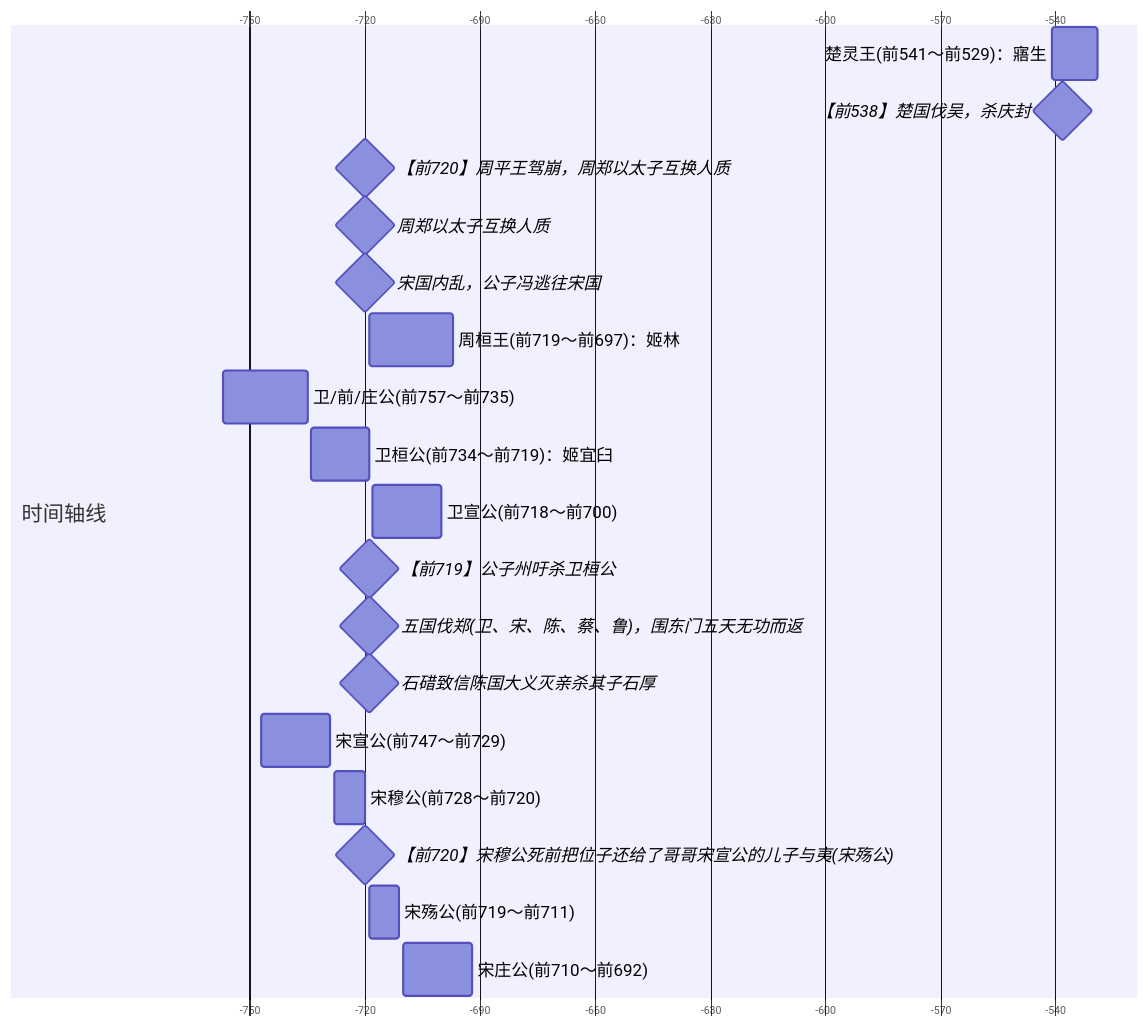
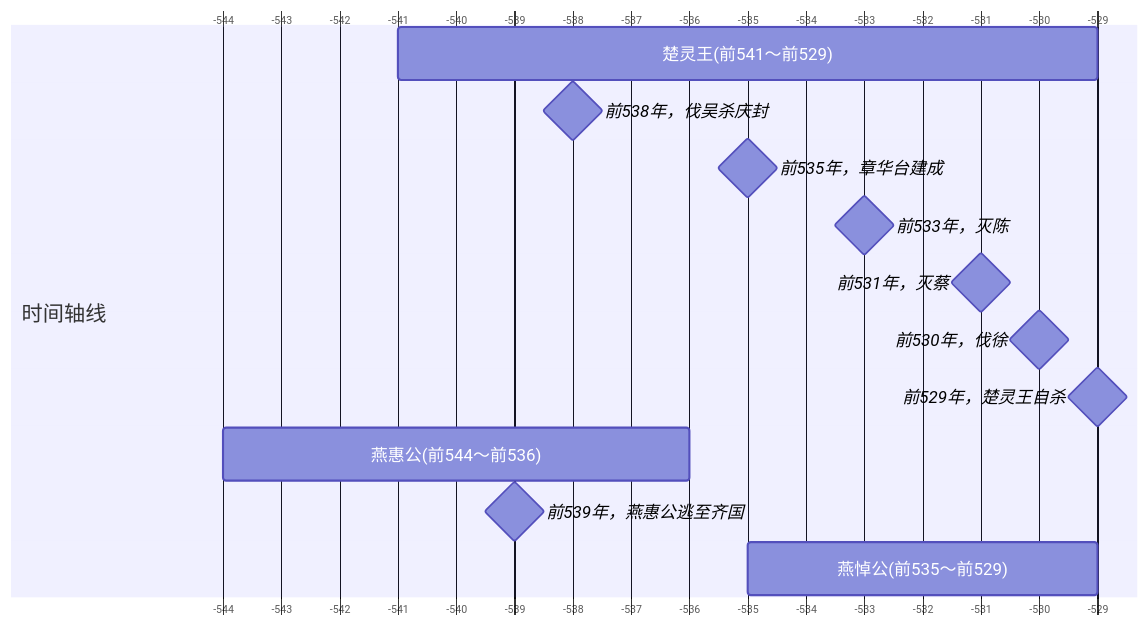
Before and after one commit to tsuyu2016/read: the first of 2 diagrams in 透过地理看历史（春秋篇）31.md, drawn with Mermaid. The commit also changed other lines of this file and 1 other file, not shown here.

````diff
--- a/透过地理看历史（春秋篇）31.md
+++ b/透过地理看历史（春秋篇）31.md
@@ -3,50 +3,42 @@
 ```mermaid
 ---
 config:
   themeCSS: '
     .grid .tick line{stroke:lightgray;stroke-dasharray:3;opacity:1;}
     .grid .tick text{font-size:16px;}
     .grid path {stroke-width: 0;}
   '
   gantt:
     titleTopMargin:
     topPadding:
     gridLineStartPadding: 
     topAxis: true
     barHeight: 50
     rightPadding:
     leftPadding: 200
     fontSize: 16
     sectionFontSize: 20
     numberSectionStyles: 4
     axisFormat: "%Y"
     useMaxWidth:
     weekday:
     barGap:
 ---
 gantt
   dateFormat X
   axisFormat %s
   todayMarker off
 
   section 时间轴线
-  楚灵王(前541～前529)：寤生: -541,-529
-  【前538】楚国伐吴，杀庆封: milestone, -538,
-
-  【前720】周平王驾崩，周郑以太子互换人质: milestone, -720,
-  周郑以太子互换人质: milestone, -720,
-  宋国内乱，公子冯逃往宋国: milestone, -720,
-  周桓王(前719～前697)：姬林: -719,-697
-  卫/前/庄公(前757～前735): -757,-735
-  卫桓公(前734～前719)：姬宜臼: -734,-719
-  卫宣公(前718～前700): -718,-700
-  【前719】公子州吁杀卫桓公: milestone, -719,
-  五国伐郑(卫、宋、陈、蔡、鲁)，围东门五天无功而返: milestone, -719,
-  石碏致信陈国大义灭亲杀其子石厚: milestone, -719,
-  宋宣公(前747～前729): -747,-729
-  宋穆公(前728～前720): -728,-720
-  【前720】宋穆公死前把位子还给了哥哥宋宣公的儿子与夷(宋殇公): milestone, -720,
-  宋殇公(前719～前711): -719,-711
-  宋庄公(前710～前692): -710,-692
+  楚灵王(前541～前529): -541,-529
+  前538年，伐吴杀庆封: milestone, -538,
+  前535年，章华台建成: milestone, -535,
+  前533年，灭陈: milestone, -533,
+  前531年，灭蔡: milestone, -531,
+  前530年，伐徐: milestone, -530,
+  前529年，楚灵王自杀: milestone, -529,
+  燕惠公(前544～前536): -544,-536
+  前539年，燕惠公逃至齐国: milestone, -539,
+  燕悼公(前535～前529): -535,-529
 
 ```
````
